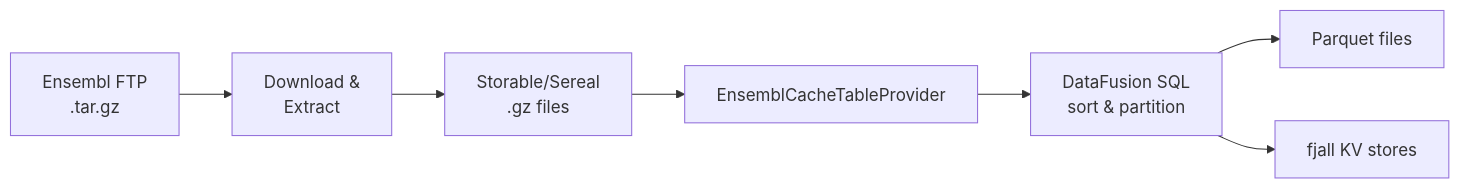
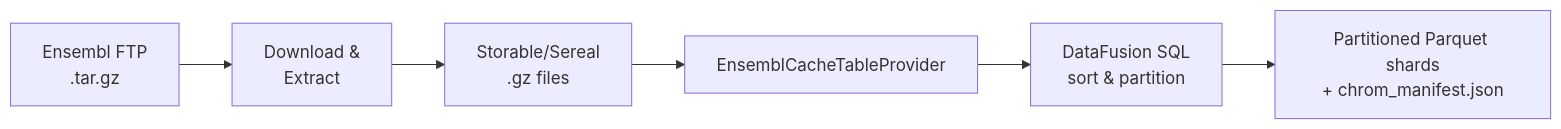
One commit to biodatageeks/vepyr changed the second of 3 diagrams in docs/architecture.md. Above: the diagram before and after it, drawn with Mermaid. The commit also changed other lines of this file and 10 other files, not shown here.

````diff
--- a/docs/architecture.md
+++ b/docs/architecture.md
@@ -65,9 +65,8 @@
 ```mermaid
 graph LR
     A[Ensembl FTP<br/>.tar.gz] --> B[Download &<br/>Extract]
     B --> C[Storable/Sereal<br/>.gz files]
     C --> D[EnsemblCacheTableProvider]
     D --> E[DataFusion SQL<br/>sort & partition]
-    E --> F[Parquet files]
-    E --> G[fjall KV stores]
+    E --> F[Partitioned Parquet shards<br/>+ chrom_manifest.json]
 ```
````
